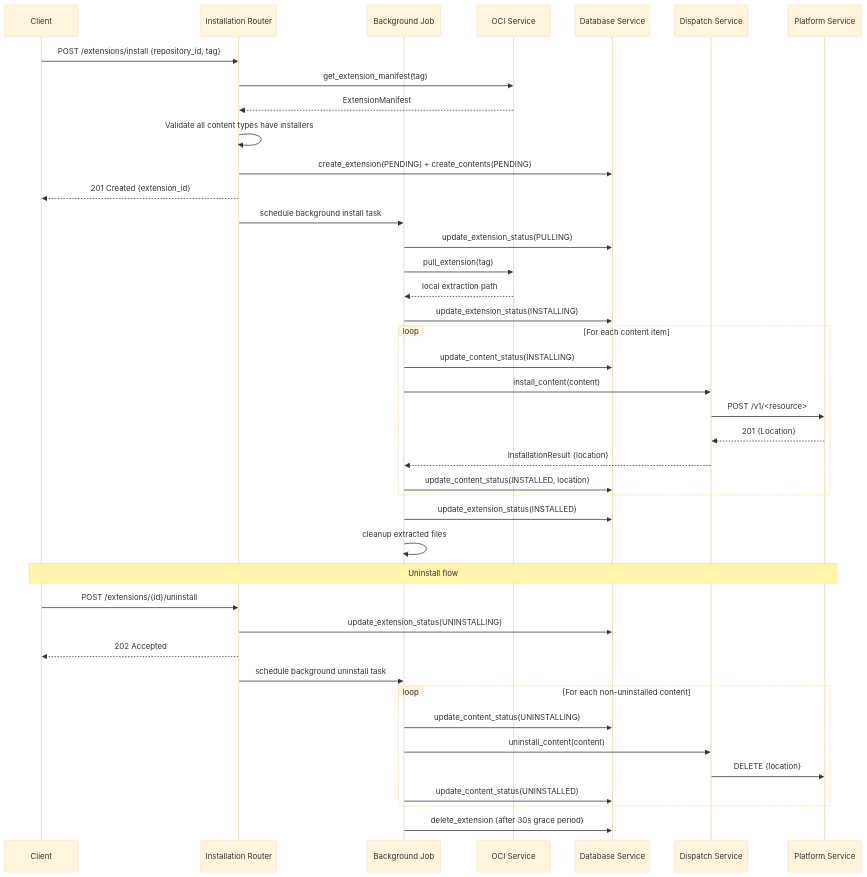
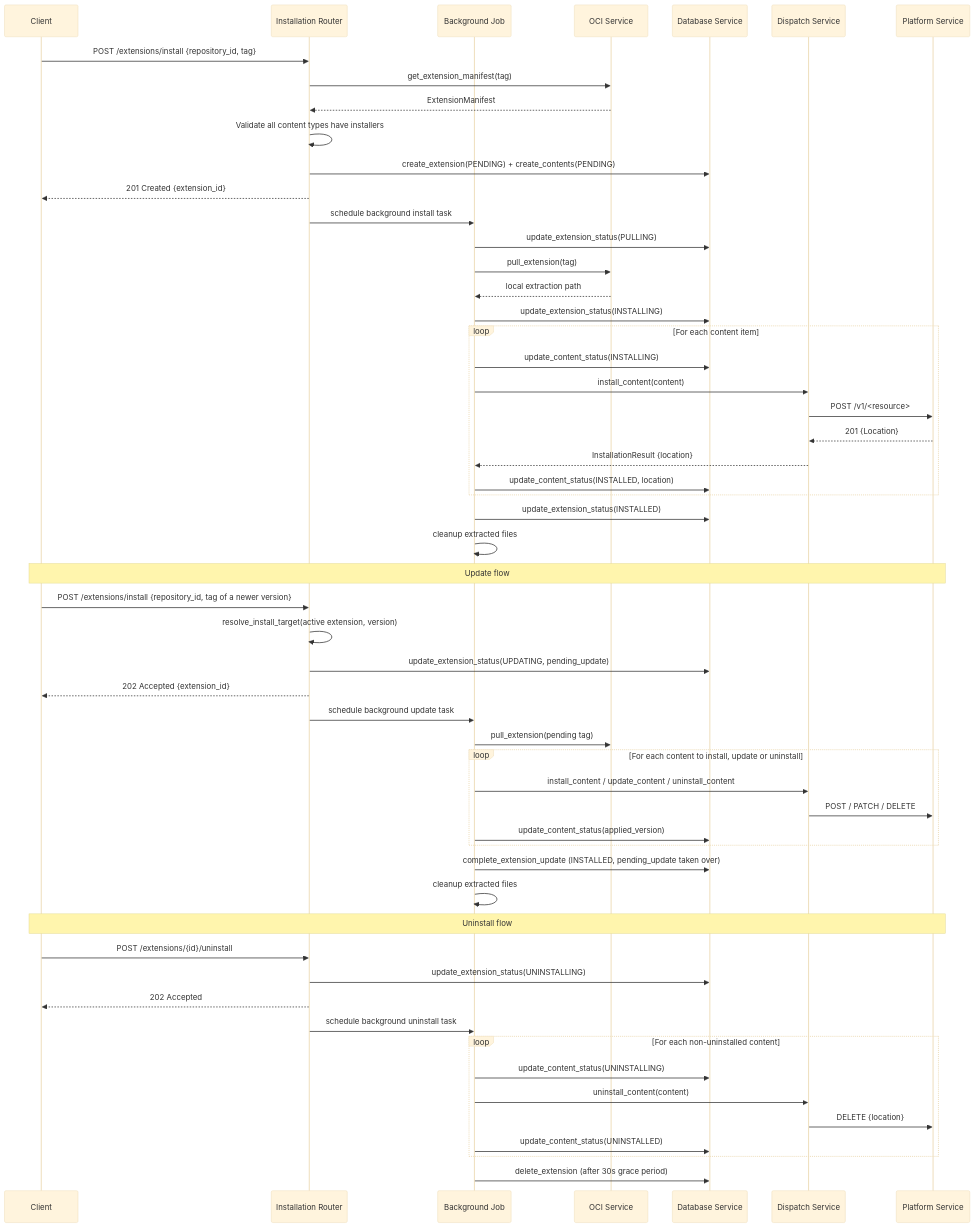
One commit to kaapana/kaapana changed the fourth of 4 diagrams in services/base/extension-manager-service/docker/files/app/README.md. Above: the diagram before and after it, drawn with Mermaid (base theme). The commit also changed other lines of this file and 1 other file, not shown here.

First line of the commit message:
docs: describe extension updates

````diff
--- a/services/base/extension-manager-service/docker/files/app/README.md
+++ b/services/base/extension-manager-service/docker/files/app/README.md
@@ -263,48 +282,63 @@
 ```mermaid
 sequenceDiagram
     participant C as Client
     participant IR as Installation Router
     participant BG as Background Job
     participant OCI as OCI Service
     participant DB as Database Service
     participant D as Dispatch Service
     participant P as Platform Service
 
     C->>IR: POST /extensions/install {repository_id, tag}
     IR->>OCI: get_extension_manifest(tag)
     OCI-->>IR: ExtensionManifest
     IR->>IR: Validate all content types have installers
     IR->>DB: create_extension(PENDING) + create_contents(PENDING)
     IR-->>C: 201 Created {extension_id}
 
     IR->>BG: schedule background install task
 
     BG->>DB: update_extension_status(PULLING)
     BG->>OCI: pull_extension(tag)
     OCI-->>BG: local extraction path
 
     BG->>DB: update_extension_status(INSTALLING)
     loop For each content item
         BG->>DB: update_content_status(INSTALLING)
         BG->>D: install_content(content)
         D->>P: POST /v1/<resource>
         P-->>D: 201 {Location}
         D-->>BG: InstallationResult {location}
         BG->>DB: update_content_status(INSTALLED, location)
     end
     BG->>DB: update_extension_status(INSTALLED)
     BG->>BG: cleanup extracted files
 
+    Note over C,P: Update flow
+    C->>IR: POST /extensions/install {repository_id, tag of a newer version}
+    IR->>IR: resolve_install_target(active extension, version)
+    IR->>DB: update_extension_status(UPDATING, pending_update)
+    IR-->>C: 202 Accepted {extension_id}
+    IR->>BG: schedule background update task
+    BG->>OCI: pull_extension(pending tag)
+    loop For each content to install, update or uninstall
+        BG->>D: install_content / update_content / uninstall_content
+        D->>P: POST / PATCH / DELETE
+        BG->>DB: update_content_status(applied_version)
+    end
+    BG->>DB: complete_extension_update (INSTALLED, pending_update taken over)
+    BG->>BG: cleanup extracted files
+
     Note over C,P: Uninstall flow
     C->>IR: POST /extensions/{id}/uninstall
     IR->>DB: update_extension_status(UNINSTALLING)
     IR-->>C: 202 Accepted
     IR->>BG: schedule background uninstall task
     loop For each non-uninstalled content
         BG->>DB: update_content_status(UNINSTALLING)
         BG->>D: uninstall_content(content)
         D->>P: DELETE {location}
         BG->>DB: update_content_status(UNINSTALLED)
     end
     BG->>DB: delete_extension (after 30s grace period)
 ```
````
